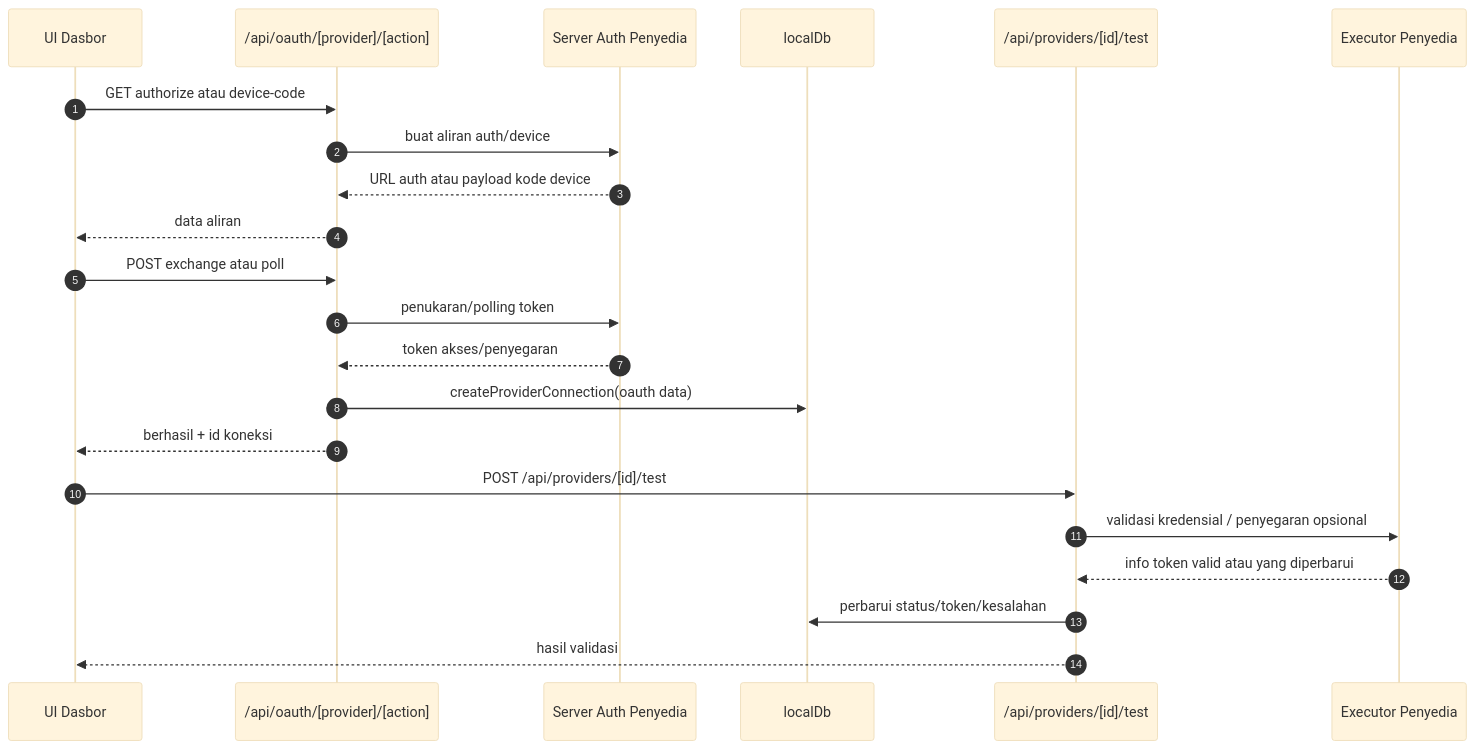
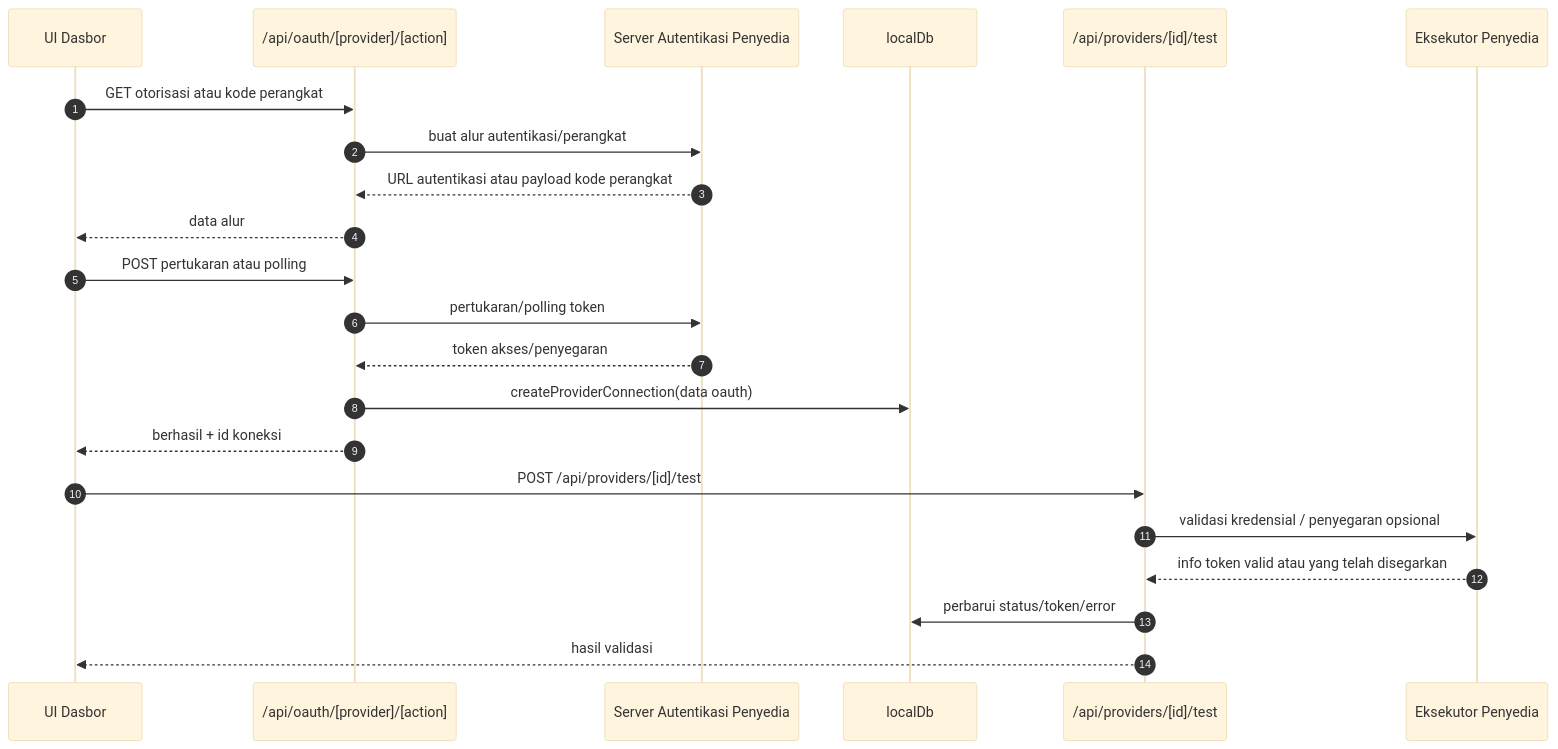
Before and after one commit to Abhijeet1520/OmniRoute: the fourth of 7 diagrams in docs/i18n/id/docs/architecture/ARCHITECTURE.md, drawn with Mermaid (base theme). The commit also changed other lines of this file and 1154 other files, not shown here.

````diff
--- a/docs/i18n/id/docs/architecture/ARCHITECTURE.md
+++ b/docs/i18n/id/docs/architecture/ARCHITECTURE.md
@@ -409,27 +635,27 @@
 ```mermaid
 sequenceDiagram
     autonumber
     participant UI as UI Dasbor
     participant OAuth as /api/oauth/[provider]/[action]
-    participant ProvAuth as Server Auth Penyedia
+    participant ProvAuth as Server Autentikasi Penyedia
     participant DB as localDb
     participant Test as /api/providers/[id]/test
-    participant Exec as Executor Penyedia
+    participant Exec as Eksekutor Penyedia
 
-    UI->>OAuth: GET authorize atau device-code
-    OAuth->>ProvAuth: buat aliran auth/device
-    ProvAuth-->>OAuth: URL auth atau payload kode device
-    OAuth-->>UI: data aliran
+    UI->>OAuth: GET otorisasi atau kode perangkat
+    OAuth->>ProvAuth: buat alur autentikasi/perangkat
+    ProvAuth-->>OAuth: URL autentikasi atau payload kode perangkat
+    OAuth-->>UI: data alur
 
-    UI->>OAuth: POST exchange atau poll
-    OAuth->>ProvAuth: penukaran/polling token
+    UI->>OAuth: POST pertukaran atau polling
+    OAuth->>ProvAuth: pertukaran/polling token
     ProvAuth-->>OAuth: token akses/penyegaran
-    OAuth->>DB: createProviderConnection(oauth data)
+    OAuth->>DB: createProviderConnection(data oauth)
     OAuth-->>UI: berhasil + id koneksi
 
     UI->>Test: POST /api/providers/[id]/test
     Test->>Exec: validasi kredensial / penyegaran opsional
-    Exec-->>Test: info token valid atau yang diperbarui
-    Test->>DB: perbarui status/token/kesalahan
+    Exec-->>Test: info token valid atau yang telah disegarkan
+    Test->>DB: perbarui status/token/error
     Test-->>UI: hasil validasi
 ```
````
